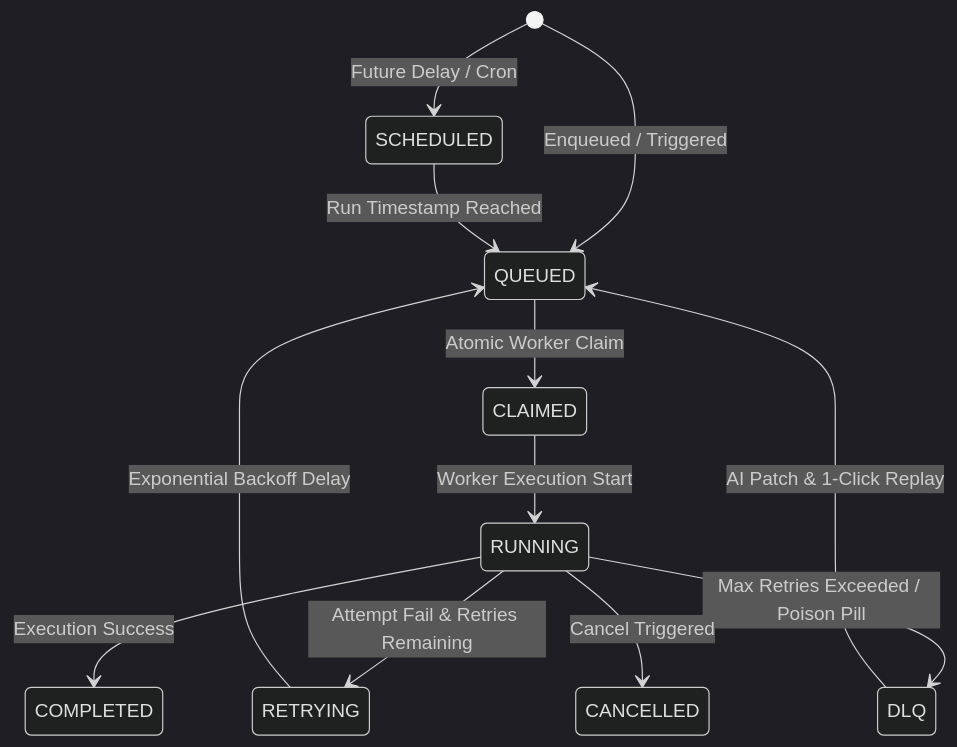
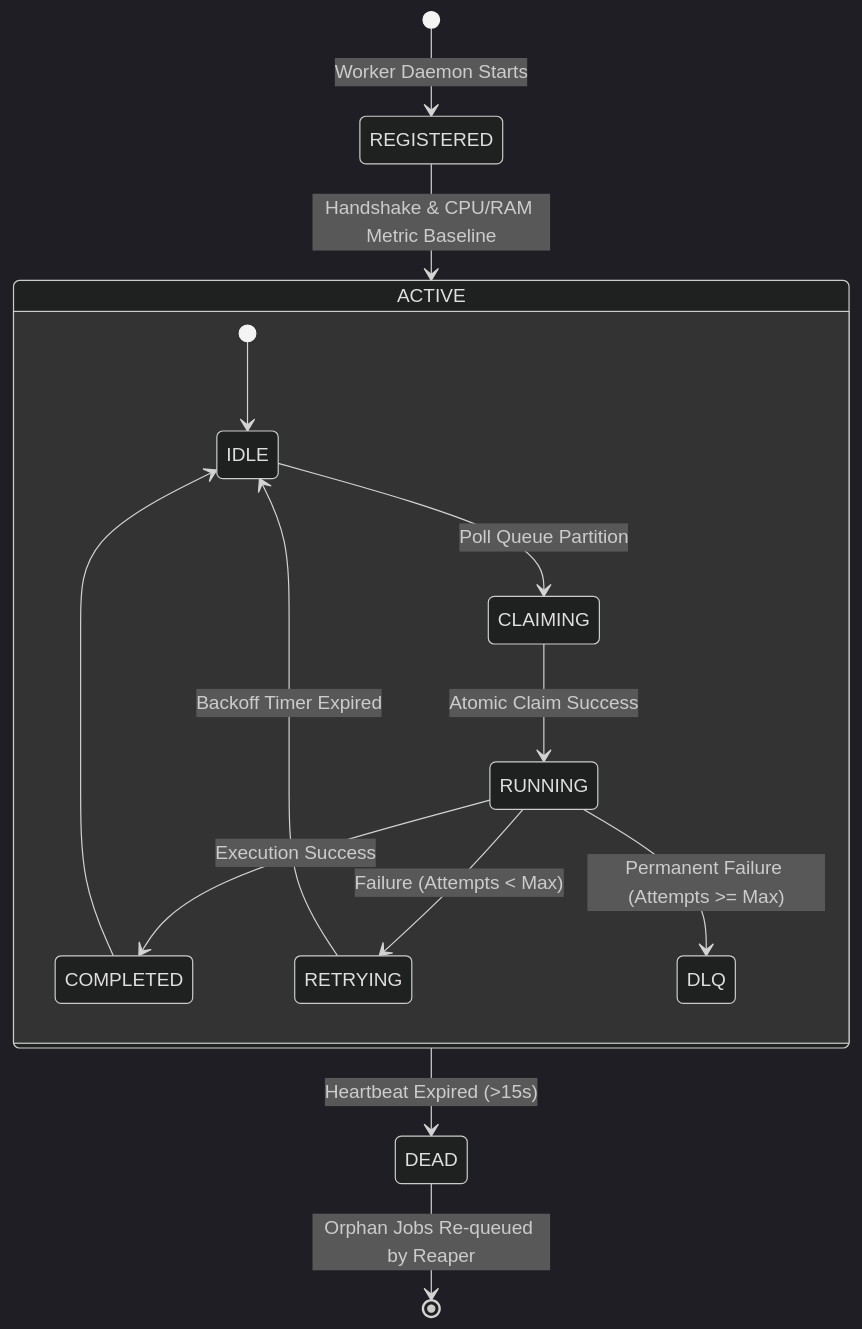
Before and after one commit to Lakshman2405/distributed-job-scheduler: the second of 2 diagrams in docs/ARCHITECTURE.md, drawn with Mermaid (dark theme). The commit also changed other lines of this file and 4 other files, not shown here.

Commit message:
docs: elevate all specification files in docs folder with Mermaid diagrams, tables, and alert callouts

````diff
--- a/docs/ARCHITECTURE.md
+++ b/docs/ARCHITECTURE.md
@@ -28,14 +99,19 @@
 ```mermaid
 stateDiagram-v2
-    [*] --> QUEUED : Enqueued / Triggered
-    [*] --> SCHEDULED : Future Delay / Cron
-    SCHEDULED --> QUEUED : Run Timestamp Reached
-    QUEUED --> CLAIMED : Atomic Worker Claim
-    CLAIMED --> RUNNING : Worker Execution Start
-    RUNNING --> COMPLETED : Execution Success
-    RUNNING --> RETRYING : Attempt Fail & Retries Remaining
-    RETRYING --> QUEUED : Exponential Backoff Delay
-    RUNNING --> DLQ : Max Retries Exceeded / Poison Pill
-    DLQ --> QUEUED : AI Patch & 1-Click Replay
-    RUNNING --> CANCELLED : Cancel Triggered
+    [*] --> REGISTERED: Worker Daemon Starts
+    REGISTERED --> ACTIVE: Handshake & CPU/RAM Metric Baseline
+    
+    state ACTIVE {
+        [*] --> IDLE
+        IDLE --> CLAIMING: Poll Queue Partition
+        CLAIMING --> RUNNING: Atomic Claim Success
+        RUNNING --> COMPLETED: Execution Success
+        RUNNING --> RETRYING: Failure (Attempts < Max)
+        RUNNING --> DLQ: Permanent Failure (Attempts >= Max)
+        RETRYING --> IDLE: Backoff Timer Expired
+        COMPLETED --> IDLE
+    }
+    
+    ACTIVE --> DEAD: Heartbeat Expired (>15s)
+    DEAD --> [*]: Orphan Jobs Re-queued by Reaper
 ```
````
